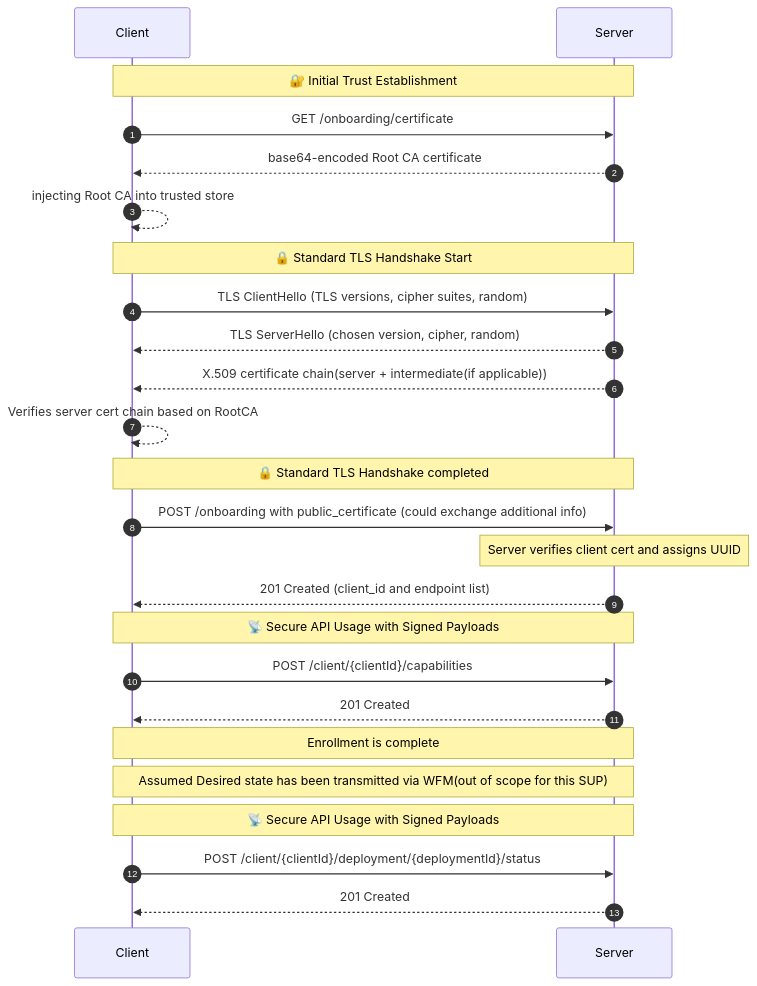
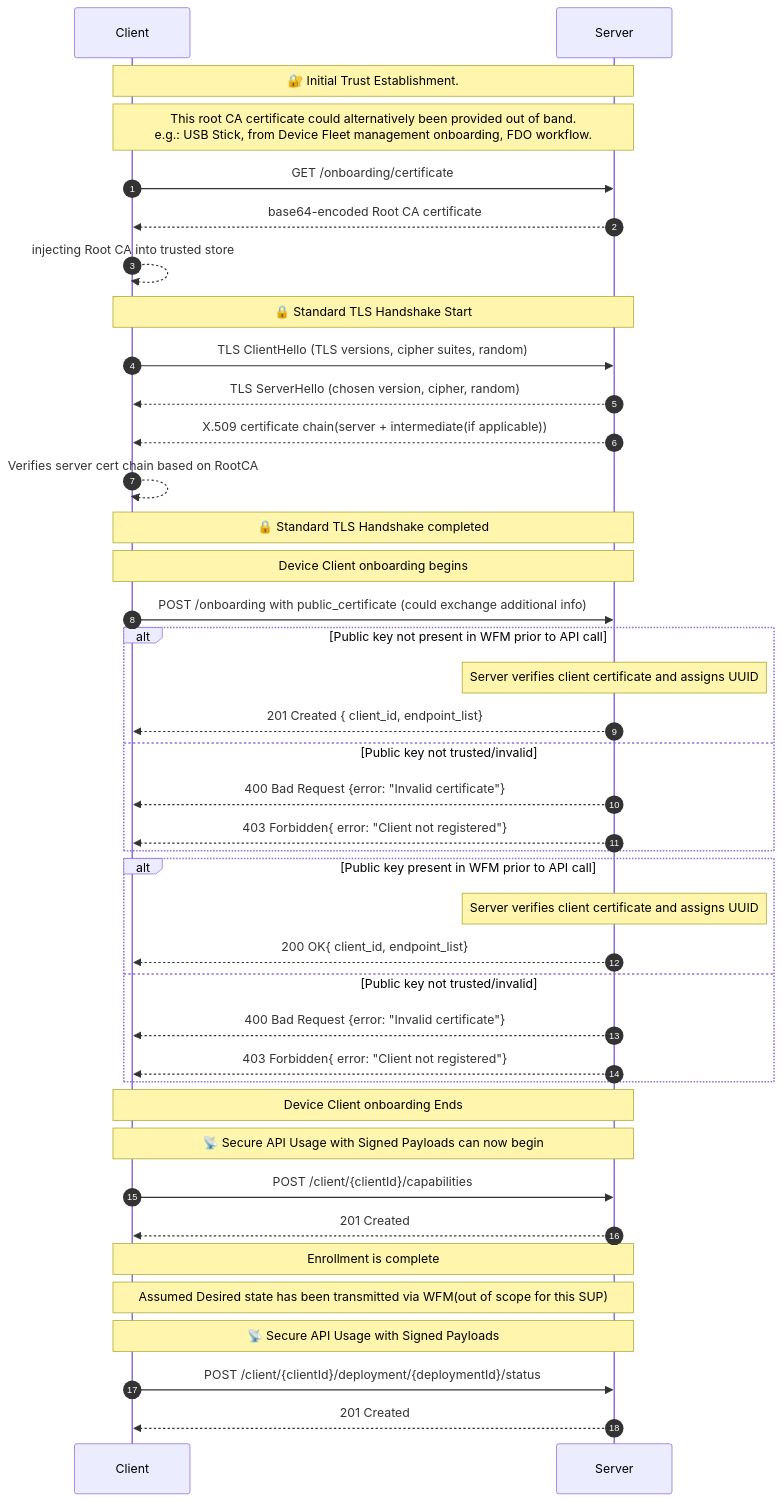
One commit to jjaswanson4/specification-enhancements changed the diagram in submitted/api-details-finalization-SUP-folder/api-details-finalization-SUP-WIP.md. Above: the diagram before and after it, drawn with Mermaid. The commit also changed other lines of this file and 1 other file, not shown here.

Commit message:
Updated mermaid diagram / open api specification improving onboarding endpoint. Included open source example code(linked) that can implement RFC 9421 signature and verification. Signed-off-by: Armand Craig <ajcraig@ra.rockwell.com>

````diff
--- a/submitted/api-details-finalization-SUP-folder/api-details-finalization-SUP-WIP.md
+++ b/submitted/api-details-finalization-SUP-folder/api-details-finalization-SUP-WIP.md
@@ -126,39 +134,46 @@
 ```mermaid
 sequenceDiagram
     autonumber
     participant Client
     participant Server
 
-    Note over Client,Server: 🔐 Initial Trust Establishment
-
+    Note over Client,Server: 🔐 Initial Trust Establishment. 
+    Note over Client,Server: This root CA certificate could alternatively been provided out of band. <br> e.g.: USB Stick, from Device Fleet management onboarding, FDO workflow.
     Client->>Server: GET /onboarding/certificate
     Server-->>Client: base64-encoded Root CA certificate
     Client-->>Client: injecting Root CA into trusted store
-# Root CA is now trusted in the TLS handshake
 
     Note over Client,Server: 🔒 Standard TLS Handshake Start
     Client->>Server: TLS ClientHello (TLS versions, cipher suites, random)
     Server-->>Client: TLS ServerHello (chosen version, cipher, random)
     Server-->>Client: X.509 certificate chain(server + intermediate(if applicable))
     Client-->>Client: Verifies server cert chain based on RootCA
     Note over Client,Server: 🔒 Standard TLS Handshake completed
-# standard TLS / but other flows can occur
+    Note over Client,Server: Device Client onboarding begins
     Client->>Server: POST /onboarding with public_certificate (could exchange additional info)
-    
-    # Verification of client cert out of scope of this. Pre specify 
-    # approving this client can join the server. other things could be tied to the certificate. i.e. Cert supplied via Dell / serial number of device /
-    # FDO bootstrapping off of ownership vouchers could be integrated here as well. 
-
-    Note over Server: Server verifies client cert and assigns UUID
-    Server-->>Client: 201 Created (client_id and endpoint list)
-    Note over Client,Server: 📡 Secure API Usage with Signed Payloads
+    alt Public key not present in WFM prior to API call
+        Note over Server: Server verifies client certificate and assigns UUID
+        Server-->>Client: 201 Created { client_id, endpoint_list}
+    else Public key not trusted/invalid
+        Server-->>Client: 400 Bad Request {error: "Invalid certificate"}
+        Server-->>Client: 403 Forbidden{ error: "Client not registered"}
+    end
+    alt Public key present in WFM prior to API call
+        Note over Server: Server verifies client certificate and assigns UUID
+        Server-->>Client: 200 OK{ client_id, endpoint_list}
+    else Public key not trusted/invalid
+        Server-->>Client: 400 Bad Request {error: "Invalid certificate"}
+        Server-->>Client: 403 Forbidden{ error: "Client not registered"}
+    end
+    Note over Client,Server: Device Client onboarding Ends
+    Note over Client,Server: 📡 Secure API Usage with Signed Payloads can now begin
 
     Client->>Server: POST /client/{clientId}/capabilities
     Server-->>Client: 201 Created
     Note over Client,Server: Enrollment is complete
 
     Note over Client,Server: Assumed Desired state has been transmitted via WFM(out of scope for this SUP)
     Note over Client,Server: 📡 Secure API Usage with Signed Payloads
     Client->>Server: POST /client/{clientId}/deployment/{deploymentId}/status
     Server-->>Client: 201 Created
 ```
````
